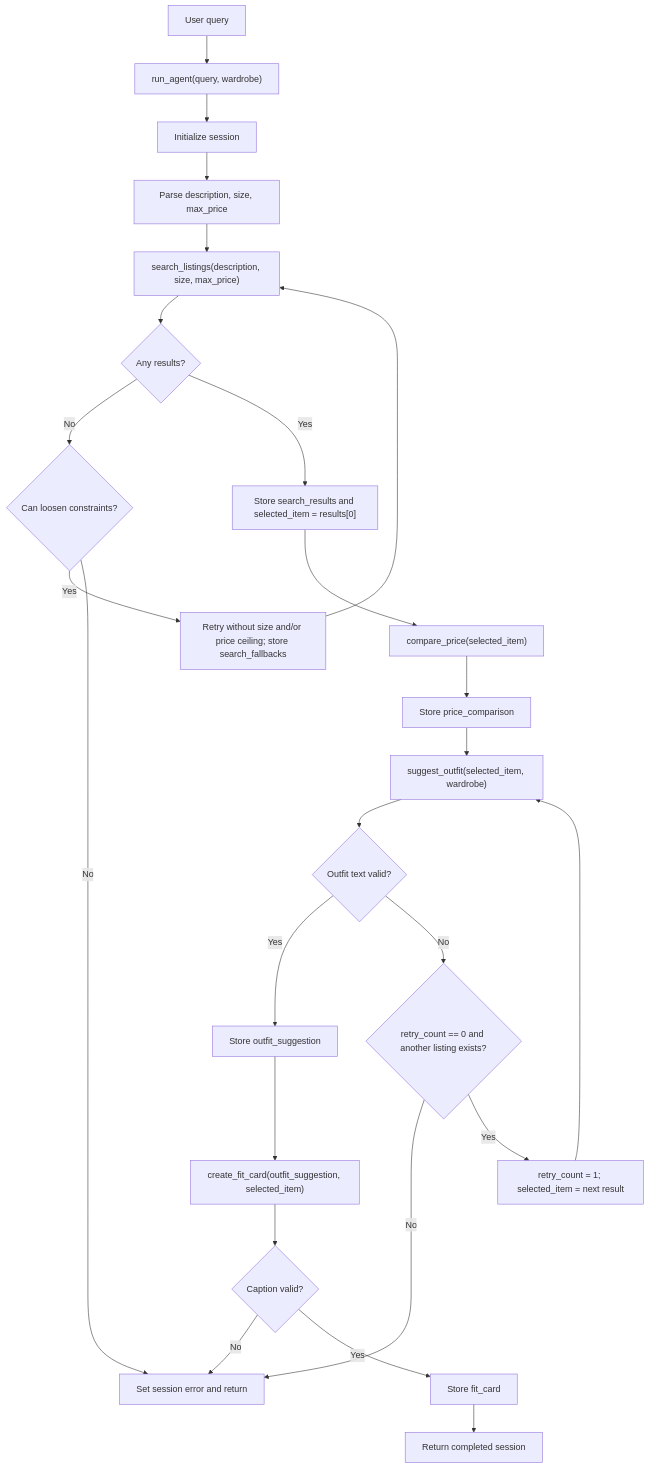
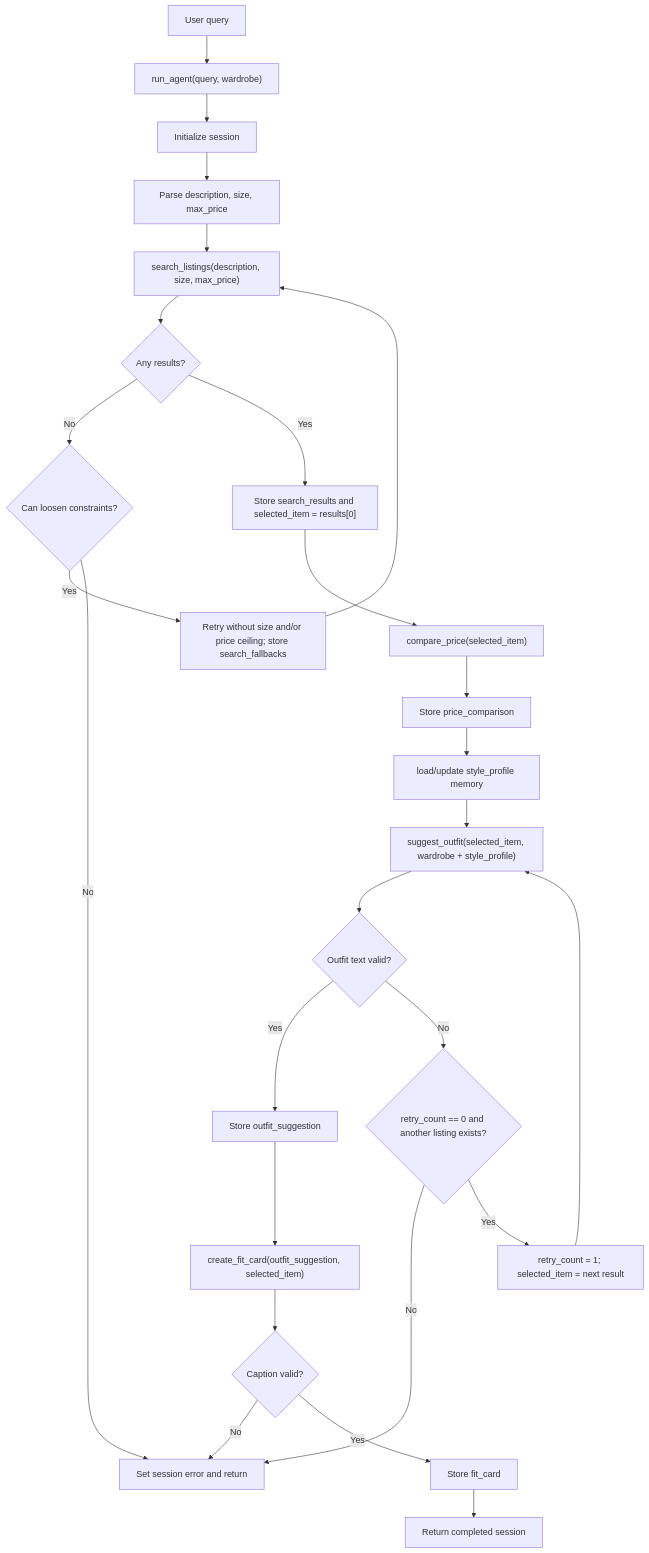
One commit to adhi7200/ai201-project2-fitfindr-starter changed the diagram in planning.md. Above: the diagram before and after it, drawn with Mermaid. The commit also changed other lines of this file and 6 other files, not shown here.

Commit message:
Added style profile memory!

````diff
--- a/planning.md
+++ b/planning.md
@@ -229,27 +261,28 @@
 ```mermaid
 flowchart TB
     A["User query"] --> B["run_agent(query, wardrobe)"]
     B --> C["Initialize session"]
     C --> D["Parse description, size, max_price"]
     D --> E["search_listings(description, size, max_price)"]
     E --> F{"Any results?"}
     F -- "No" --> F1{"Can loosen constraints?"}
     F1 -- "Yes" --> F2["Retry without size and/or price ceiling; store search_fallbacks"]
     F2 --> E
     F1 -- "No" --> X["Set session error and return"]
     F -- "Yes" --> G["Store search_results and selected_item = results[0]"]
     G --> G1["compare_price(selected_item)"]
     G1 --> G2["Store price_comparison"]
-    G2 --> H["suggest_outfit(selected_item, wardrobe)"]
+    G2 --> G3["load/update style_profile memory"]
+    G3 --> H["suggest_outfit(selected_item, wardrobe + style_profile)"]
     H --> I{"Outfit text valid?"}
     I -- "Yes" --> J["Store outfit_suggestion"]
     I -- "No" --> K{"retry_count == 0 and another listing exists?"}
     K -- "No" --> X
     K -- "Yes" --> L["retry_count = 1; selected_item = next result"]
     L --> H
     J --> M["create_fit_card(outfit_suggestion, selected_item)"]
     M --> N{"Caption valid?"}
     N -- "No" --> X
     N -- "Yes" --> O["Store fit_card"]
     O --> P["Return completed session"]
 ```
````
